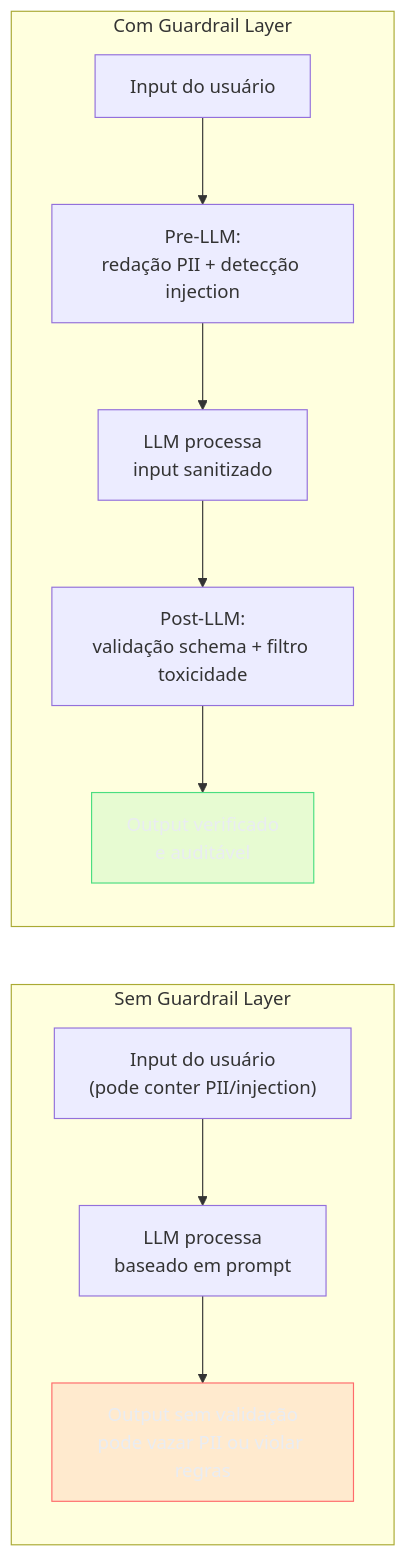
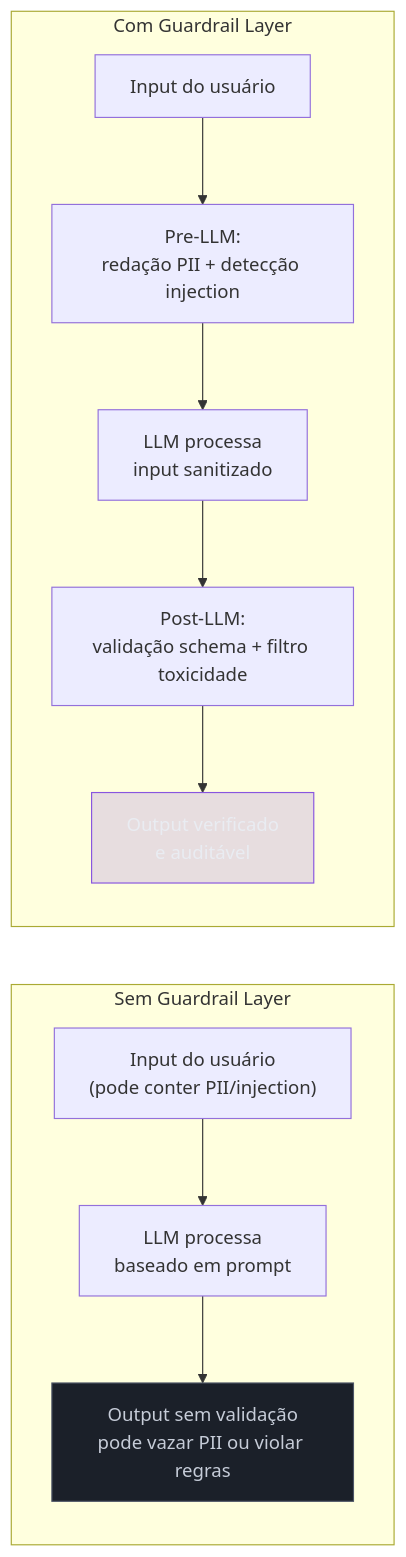
Before and after one commit to josenaldo/codex-technomanticus: the diagram in 03-Dominios/Tecnologia/IA/AI Engineering Stack/10 - Guardrail Layer.md, drawn with Mermaid. The commit also changed 601 other files, not shown here.

````diff
--- a/03-Dominios/Tecnologia/IA/AI Engineering Stack/10 - Guardrail Layer.md
+++ b/03-Dominios/Tecnologia/IA/AI Engineering Stack/10 - Guardrail Layer.md
@@ -37,24 +37,24 @@
 ```mermaid
 flowchart LR
-    classDef falha fill:#FF6B6B24,stroke:#FF6B6B,color:#E9ECF2
-    classDef ok fill:#4ADE8021,stroke:#4ADE80,color:#E9ECF2
+    classDef marca fill:#8855DF33,stroke:#8855DF,color:#E9ECF2
+    classDef neutro fill:#1B2029,stroke:#4E5666,color:#C6CCD8
     subgraph "Sem Guardrail Layer"
         A1["Input do usuário\n(pode conter PII/injection)"]
         A2["LLM processa\nbaseado em prompt"]
         A3["Output sem validação\npode vazar PII ou violar regras"]
     end
 
     subgraph "Com Guardrail Layer"
         B1["Input do usuário"]
         B2["Pre-LLM:\nredação PII + detecção injection"]
         B3["LLM processa\ninput sanitizado"]
         B4["Post-LLM:\nvalidação schema + filtro toxicidade"]
         B5["Output verificado\ne auditável"]
     end
 
     A1 --> A2 --> A3
     B1 --> B2 --> B3 --> B4 --> B5
 
-    class A3 falha
-    class B5 ok
+    class A3 neutro
+    class B5 marca
 ```
````
